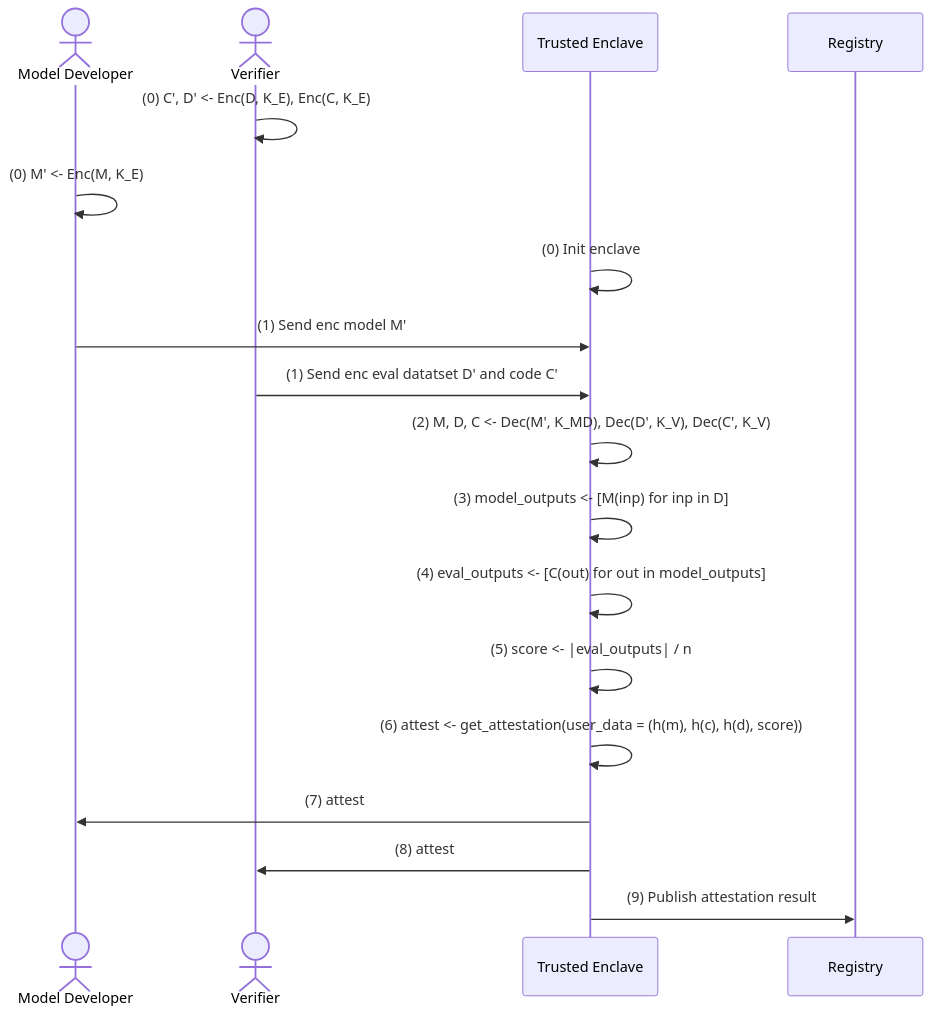
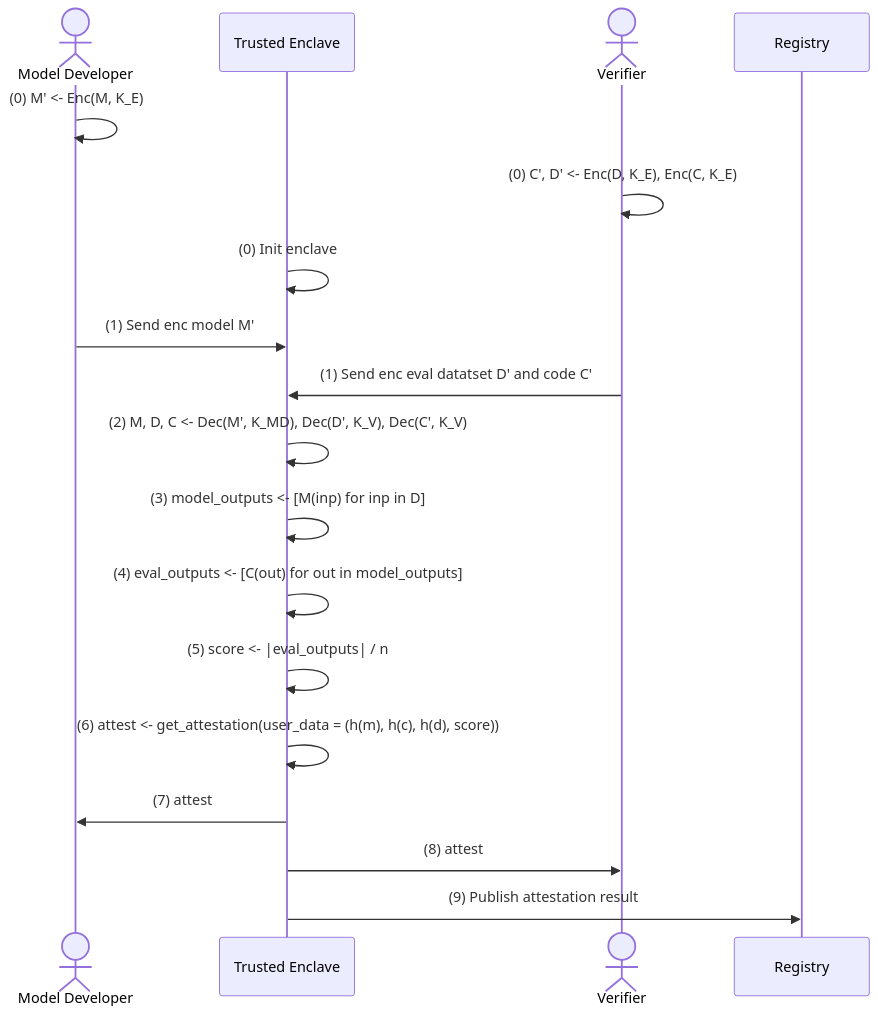
One commit to chrisschnabl/haven changed the diagram in diagrams/eval.mermaid. Above: the diagram before and after it, drawn with Mermaid. The commit also changed other lines of this file and 2 other files, not shown here.

```diff
--- a/diagrams/eval.mermaid
+++ b/diagrams/eval.mermaid
@@ -1,19 +1,19 @@
 sequenceDiagram
   actor MD as Model Developer
+  participant Enclave as Trusted Enclave
   actor V as Verifier
-  participant Enclave as Trusted Enclave
   participant R as Registry 
 
+  MD ->> MD: (0) M' <- Enc(M, K_E)
   V ->> V: (0) C', D' <- Enc(D, K_E), Enc(C, K_E)
-  MD ->> MD: (0) M' <- Enc(M, K_E)
   Enclave ->> Enclave: (0) Init enclave
   MD ->> Enclave: (1) Send enc model M'
   V ->> Enclave: (1) Send enc eval datatset D' and code C'
   Enclave ->> Enclave: (2) M, D, C <- Dec(M', K_MD), Dec(D', K_V), Dec(C', K_V)
   Enclave ->> Enclave: (3) model_outputs <- [M(inp) for inp in D]
   Enclave ->> Enclave: (4) eval_outputs <- [C(out) for out in model_outputs]
   Enclave ->> Enclave: (5) score <- |eval_outputs| / n
   Enclave ->> Enclave: (6) attest <- get_attestation(user_data = (h(m), h(c), h(d), score))
   Enclave ->> MD: (7) attest
   Enclave ->> V: (8) attest
   Enclave ->> R: (9) Publish attestation result
```
